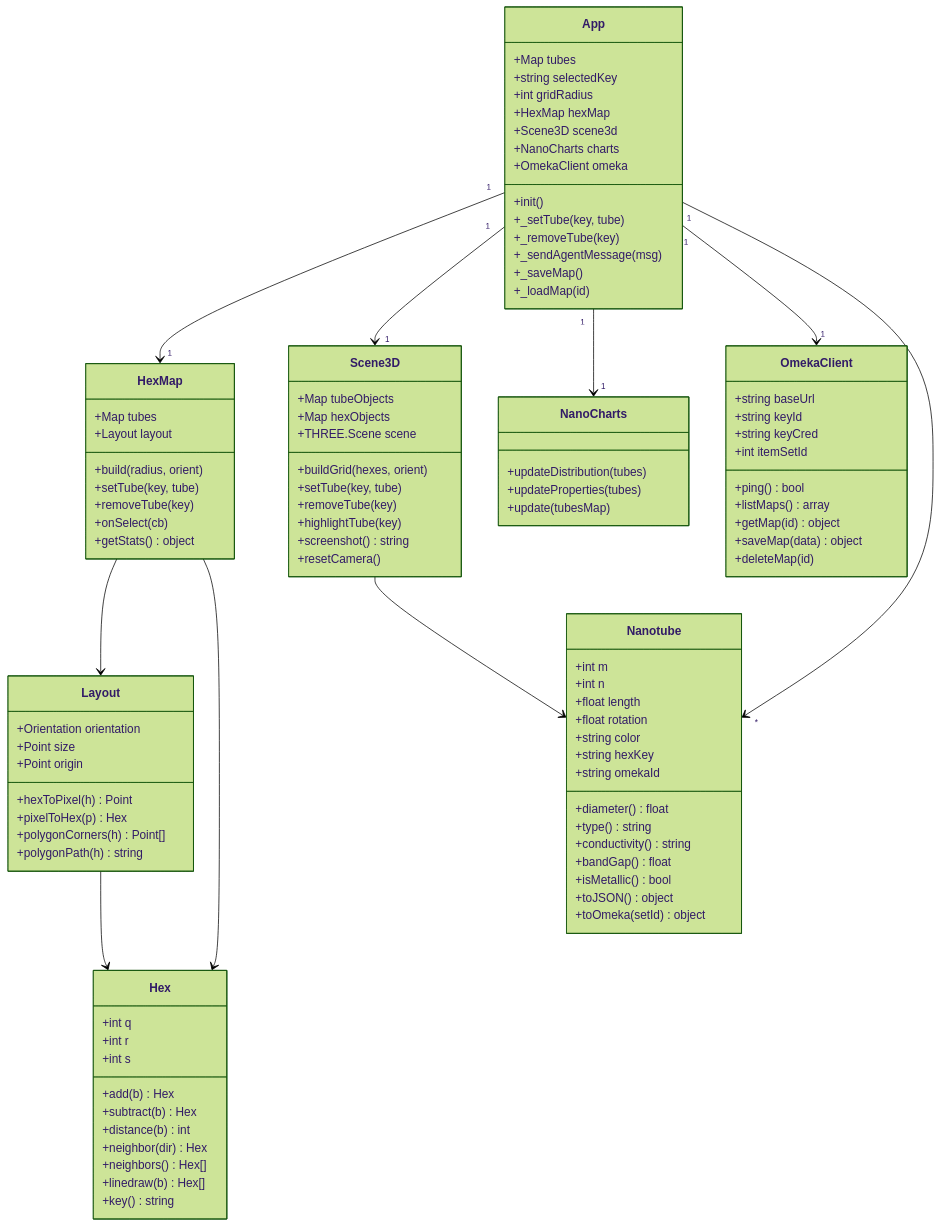
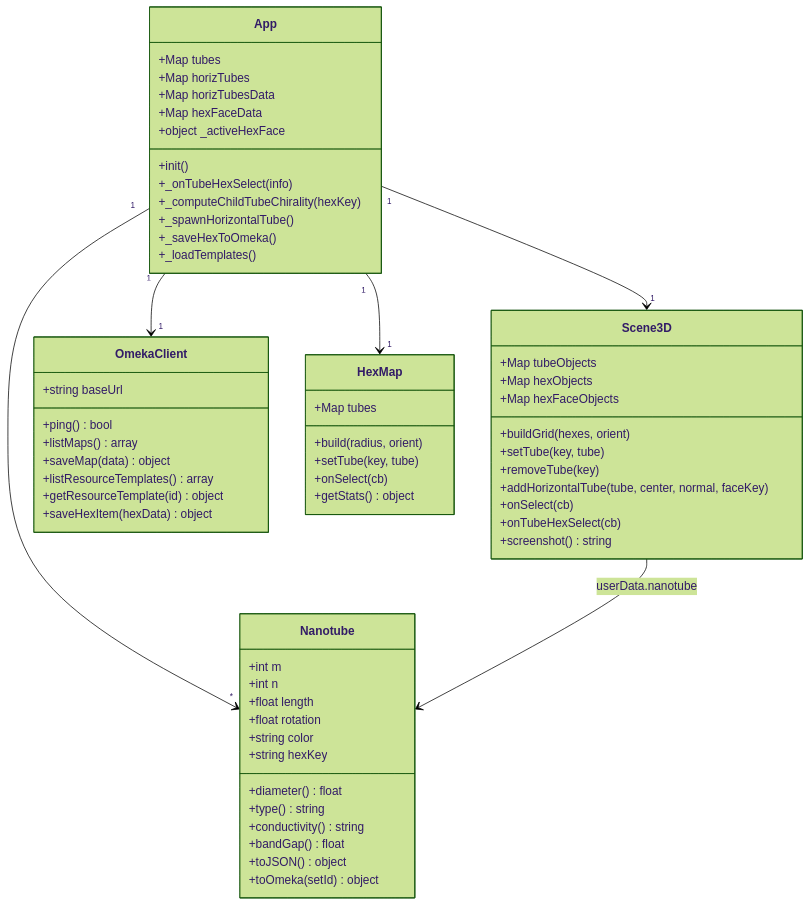
One commit to samszo/nanoTubeStory changed the fourth of 13 diagrams in docs/DIAGRAMS.md. Above: the diagram before and after it, drawn with Mermaid (forest theme). The commit also changed other lines of this file and 2 other files, not shown here.

````diff
--- a/docs/DIAGRAMS.md
+++ b/docs/DIAGRAMS.md
@@ -204,28 +213,5 @@
 ```mermaid
 classDiagram
-    class Hex {
-        +int q
-        +int r
-        +int s
-        +add(b) Hex
-        +subtract(b) Hex
-        +distance(b) int
-        +neighbor(dir) Hex
-        +neighbors() Hex[]
-        +linedraw(b) Hex[]
-        +key() string
-    }
-
-    class Layout {
-        +Orientation orientation
-        +Point size
-        +Point origin
-        +hexToPixel(h) Point
-        +pixelToHex(p) Hex
-        +polygonCorners(h) Point[]
-        +polygonPath(h) string
-    }
-
     class Nanotube {
         +int m
         +int n
@@ -233,79 +219,62 @@
         +float rotation
         +string color
         +string hexKey
-        +string omekaId
         +diameter() float
         +type() string
         +conductivity() string
         +bandGap() float
-        +isMetallic() bool
         +toJSON() object
         +toOmeka(setId) object
-    }
-
-    class HexMap {
-        +Map tubes
-        +Layout layout
-        +build(radius, orient)
-        +setTube(key, tube)
-        +removeTube(key)
-        +onSelect(cb)
-        +getStats() object
     }
 
     class Scene3D {
         +Map tubeObjects
         +Map hexObjects
-        +THREE.Scene scene
+        +Map hexFaceObjects
         +buildGrid(hexes, orient)
         +setTube(key, tube)
         +removeTube(key)
-        +highlightTube(key)
+        +addHorizontalTube(tube, center, normal, faceKey)
+        +onSelect(cb)
+        +onTubeHexSelect(cb)
         +screenshot() string
-        +resetCamera()
-    }
-
-    class NanoCharts {
-        +updateDistribution(tubes)
-        +updateProperties(tubes)
-        +update(tubesMap)
     }
 
     class OmekaClient {
         +string baseUrl
-        +string keyId
-        +string keyCred
-        +int itemSetId
         +ping() bool
         +listMaps() array
-        +getMap(id) object
         +saveMap(data) object
-        +deleteMap(id)
+        +listResourceTemplates() array
+        +getResourceTemplate(id) object
+        +saveHexItem(hexData) object
     }
 
     class App {
         +Map tubes
-        +string selectedKey
-        +int gridRadius
-        +HexMap hexMap
-        +Scene3D scene3d
-        +NanoCharts charts
-        +OmekaClient omeka
+        +Map horizTubes
+        +Map horizTubesData
+        +Map hexFaceData
+        +object _activeHexFace
         +init()
-        +_setTube(key, tube)
-        +_removeTube(key)
-        +_sendAgentMessage(msg)
-        +_saveMap()
-        +_loadMap(id)
+        +_onTubeHexSelect(info)
+        +_computeChildTubeChirality(hexKey)
+        +_spawnHorizontalTube()
+        +_saveHexToOmeka()
+        +_loadTemplates()
+    }
+
+    class HexMap {
+        +Map tubes
+        +build(radius, orient)
+        +setTube(key, tube)
+        +onSelect(cb)
+        +getStats() object
     }
 
     App "1" --> "1" HexMap
     App "1" --> "1" Scene3D
-    App "1" --> "1" NanoCharts
     App "1" --> "1" OmekaClient
     App "1" --> "*" Nanotube
-    HexMap --> Layout
-    HexMap --> Hex
-    Scene3D --> Nanotube
-    Layout --> Hex
+    Scene3D --> Nanotube : userData.nanotube
 ```
````
